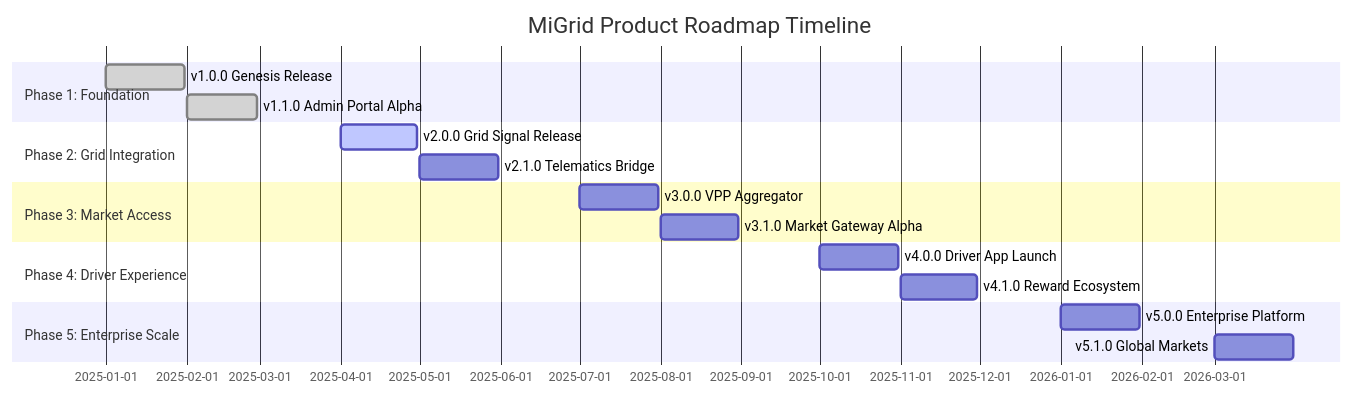
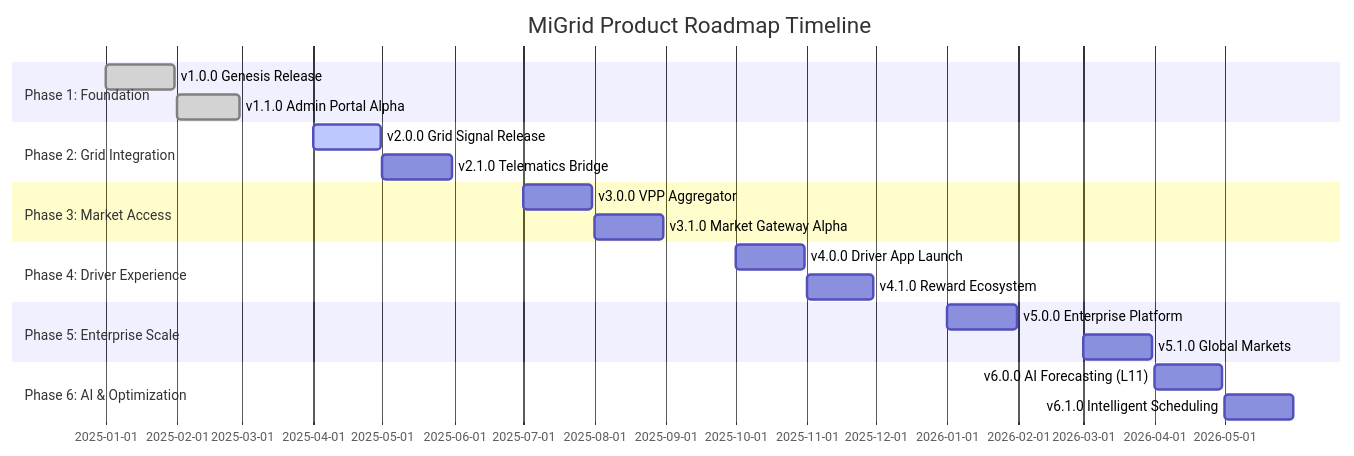
One commit to dcplatforms/Migrid changed the diagram in docs/MiGrid_Roadmap_Timeline.mermaid. Above: the diagram before and after it, drawn with Mermaid. The commit also changed 17 other files, not shown here.

```diff
--- a/docs/MiGrid_Roadmap_Timeline.mermaid
+++ b/docs/MiGrid_Roadmap_Timeline.mermaid
@@ -1,25 +1,29 @@
 ---
 title: MiGrid Product Roadmap Timeline
 ---
 gantt
     dateFormat  YYYY-MM-DD
     
     section Phase 1: Foundation
     v1.0.0 Genesis Release        :done, p1a, 2025-01-01, 2025-01-31
     v1.1.0 Admin Portal Alpha     :done, p1b, 2025-02-01, 2025-02-28
     
     section Phase 2: Grid Integration
     v2.0.0 Grid Signal Release    :active, p2a, 2025-04-01, 2025-04-30
     v2.1.0 Telematics Bridge      :p2b, 2025-05-01, 2025-05-31
     
     section Phase 3: Market Access
     v3.0.0 VPP Aggregator         :p3a, 2025-07-01, 2025-07-31
     v3.1.0 Market Gateway Alpha   :p3b, 2025-08-01, 2025-08-31
     
     section Phase 4: Driver Experience
     v4.0.0 Driver App Launch      :p4a, 2025-10-01, 2025-10-31
     v4.1.0 Reward Ecosystem       :p4b, 2025-11-01, 2025-11-30
     
     section Phase 5: Enterprise Scale
     v5.0.0 Enterprise Platform    :p5a, 2026-01-01, 2026-01-31
     v5.1.0 Global Markets         :p5b, 2026-03-01, 2026-03-31
+
+    section Phase 6: AI & Optimization
+    v6.0.0 AI Forecasting (L11)   :p6a, 2026-04-01, 2026-04-30
+    v6.1.0 Intelligent Scheduling :p6b, 2026-05-01, 2026-05-31
```
